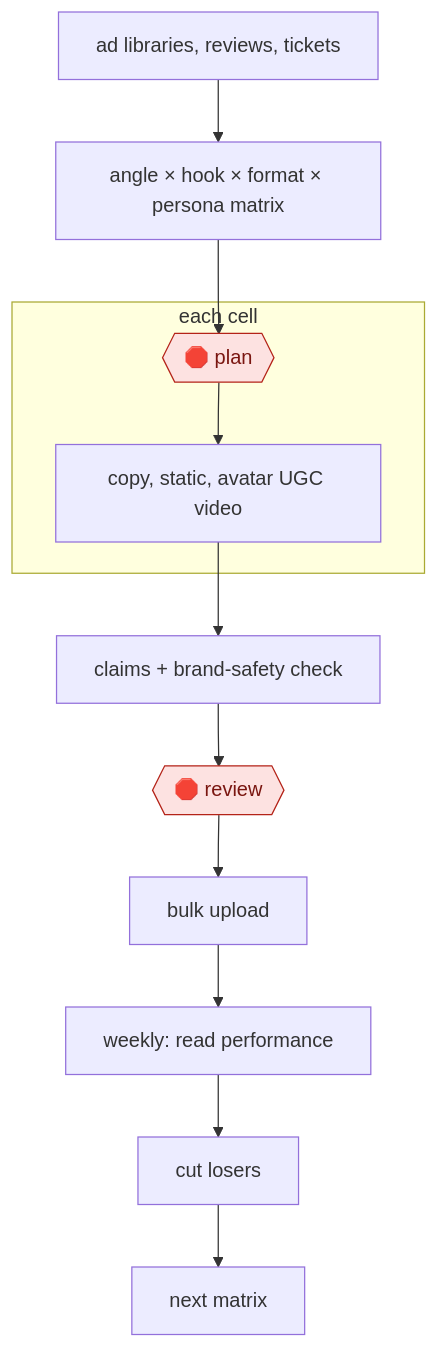
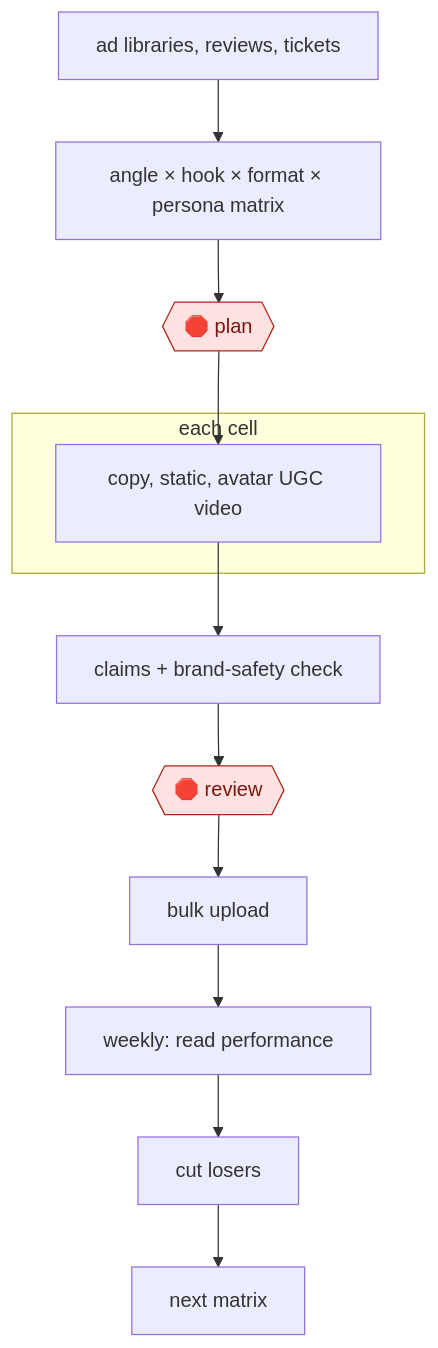
The diagram in workflows/COM/MKT/ADS/ad-variant-matrix/README.md (milesradford99/agent-workflow-atlas), drawn with Mermaid before and after one commit. The commit also changed other lines of this file and 171 other files, not shown here.

````diff
--- a/workflows/COM/MKT/ADS/ad-variant-matrix/README.md
+++ b/workflows/COM/MKT/ADS/ad-variant-matrix/README.md
@@ -29,25 +29,25 @@
 ```mermaid
 flowchart TD
   n1["ad libraries, reviews, tickets"]
   n2["angle × hook × format × persona matrix"]
-  n1 --> n2
   n3{{"🛑 plan"}}:::stop
-  n2 --> n3
   subgraph s4["each cell"]
   n5["copy, static, avatar UGC video"]
-  n3 --> n5
   end
   n6["claims + brand-safety check"]
+  n7{{"🛑 review"}}:::stop
+  n8["bulk upload"]
+  n9["weekly: read performance"]
+  n10["cut losers"]
+  n11["next matrix"]
+  n1 --> n2
+  n2 --> n3
+  n3 --> n5
   n5 --> n6
-  n7{{"🛑 review"}}:::stop
   n6 --> n7
-  n8["bulk upload"]
   n7 --> n8
-  n9["weekly: read performance"]
   n8 --> n9
-  n10["cut losers"]
   n9 --> n10
-  n11["next matrix"]
   n10 --> n11
   classDef stop fill:#fde2e1,stroke:#b42318,color:#7a1610
 ```
````
